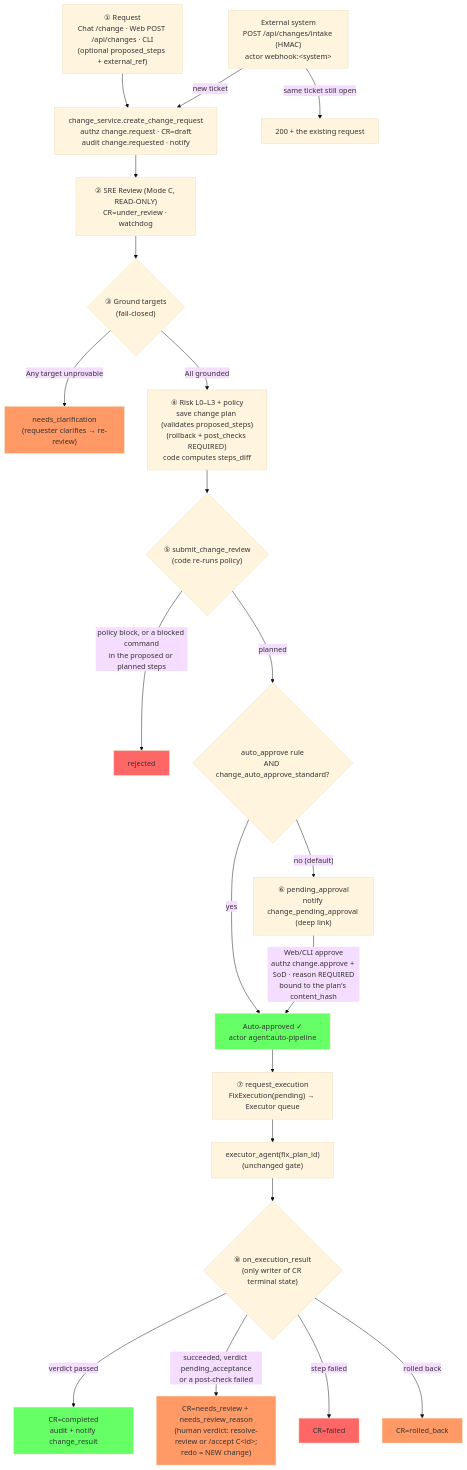
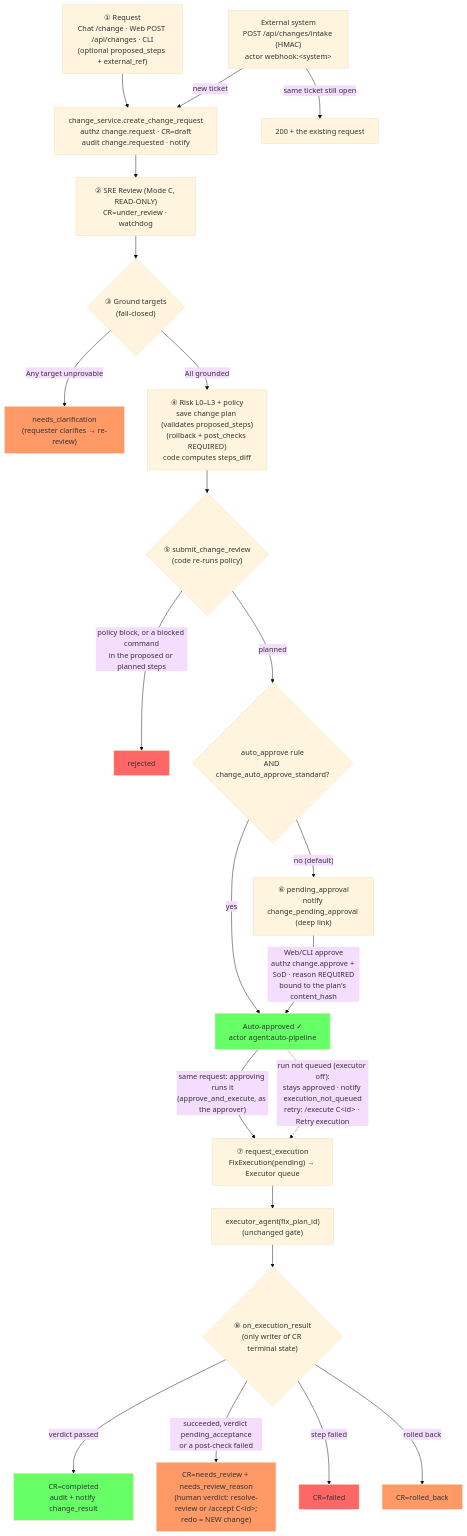
Before and after one commit to LiboMa/agenticops-chat: the ninth of 21 diagrams in docs/WORKFLOW.md, drawn with Mermaid (base theme). The commit also changed other lines of this file and 12 other files, not shown here.

First line of the commit message:
feat(change): approving a change runs it; Execute is only the retry

````diff
--- a/docs/WORKFLOW.md
+++ b/docs/WORKFLOW.md
@@ -425,36 +425,37 @@
 ```mermaid
 flowchart TD
     REQ["① Request<br/>Chat /change · Web POST /api/changes · CLI<br/>(optional proposed_steps + external_ref)"] --> CREATE["change_service.create_change_request<br/>authz change.request · CR=draft<br/>audit change.requested · notify"]
     INTAKE["External system<br/>POST /api/changes/intake (HMAC)<br/>actor webhook:&lt;system&gt;"] -->|"new ticket"| CREATE
     INTAKE -->|"same ticket still open"| SAME["200 + the existing request"]
     CREATE --> REVIEW["② SRE Review (Mode C, READ-ONLY)<br/>CR=under_review · watchdog"]
 
     REVIEW --> GROUND{"③ Ground targets<br/>(fail-closed)"}
     GROUND -->|"Any target unprovable"| CLARIFY["needs_clarification<br/>(requester clarifies → re-review)"]
     GROUND -->|"All grounded"| PLAN["④ Risk L0–L3 + policy<br/>save change plan (validates proposed_steps)<br/>(rollback + post_checks REQUIRED)<br/>code computes steps_diff"]
 
     PLAN --> VERDICT{"⑤ submit_change_review<br/>(code re-runs policy)"}
     VERDICT -->|"policy block, or a blocked command<br/>in the proposed or planned steps"| REJECTED["rejected"]
     VERDICT -->|"planned"| AUTO{"auto_approve rule<br/>AND change_auto_approve_standard?"}
 
     AUTO -->|"yes"| APPROVED["Auto-approved ✓<br/>actor agent:auto-pipeline"]
     AUTO -->|"no (default)"| PENDING["⑥ pending_approval<br/>notify change_pending_approval (deep link)"]
 
     PENDING -->|"Web/CLI approve<br/>authz change.approve + SoD · reason REQUIRED<br/>bound to the plan's content_hash"| APPROVED
-    APPROVED --> QUEUE["⑦ request_execution<br/>FixExecution(pending) → Executor queue"]
+    APPROVED -->|"same request: approving runs it<br/>(approve_and_execute, as the approver)"| QUEUE["⑦ request_execution<br/>FixExecution(pending) → Executor queue"]
+    APPROVED -.->|"run not queued (executor off):<br/>stays approved · notify execution_not_queued<br/>retry: /execute C&lt;id&gt; · Retry execution"| QUEUE
     QUEUE --> EXEC["executor_agent(fix_plan_id)<br/>(unchanged gate)"]
     EXEC --> RESULT{"⑧ on_execution_result<br/>(only writer of CR terminal state)"}
 
     RESULT -->|"verdict passed"| COMPLETED["CR=completed<br/>audit + notify change_result"]
     RESULT -->|"succeeded, verdict pending_acceptance<br/>or a post-check failed"| NEEDSREVIEW["CR=needs_review + needs_review_reason<br/>(human verdict: resolve-review or /accept C&lt;id&gt;;<br/>redo = NEW change)"]
     RESULT -->|"step failed"| FAILED["CR=failed"]
     RESULT -->|"rolled back"| ROLLEDBACK["CR=rolled_back"]
 
     style CLARIFY fill:#f96
     style REJECTED fill:#f66
     style FAILED fill:#f66
     style ROLLEDBACK fill:#f96
     style NEEDSREVIEW fill:#f96
     style APPROVED fill:#6f6
     style COMPLETED fill:#6f6
 ```
````
